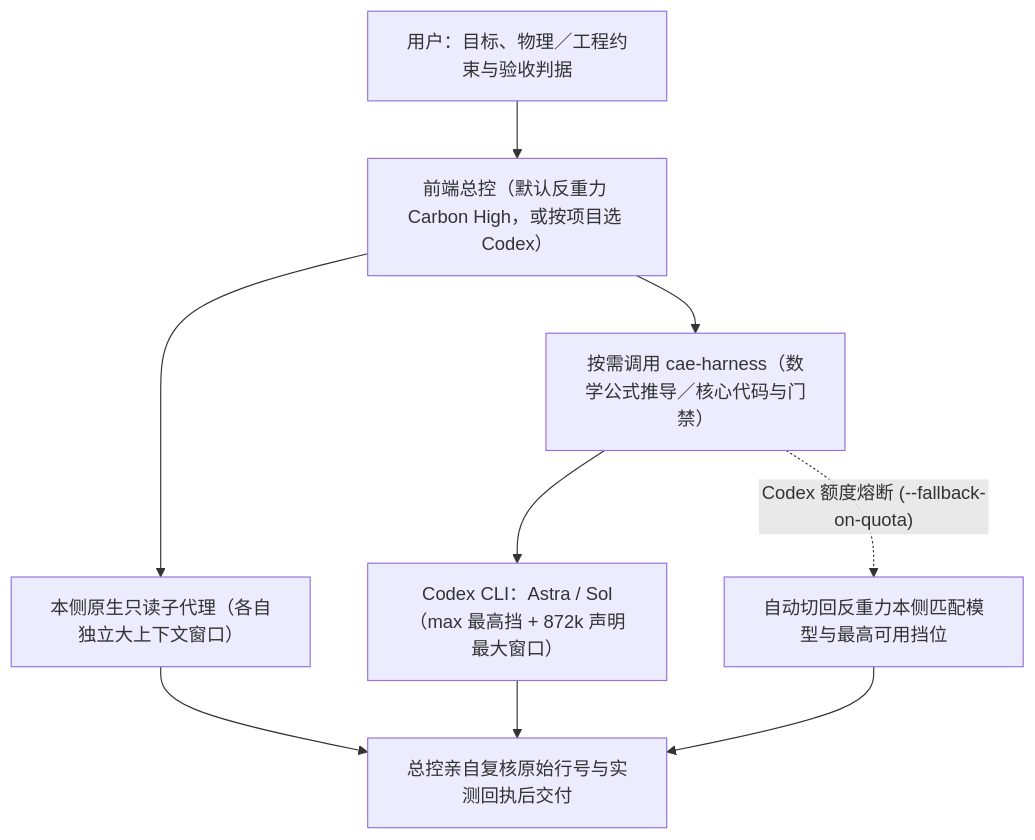
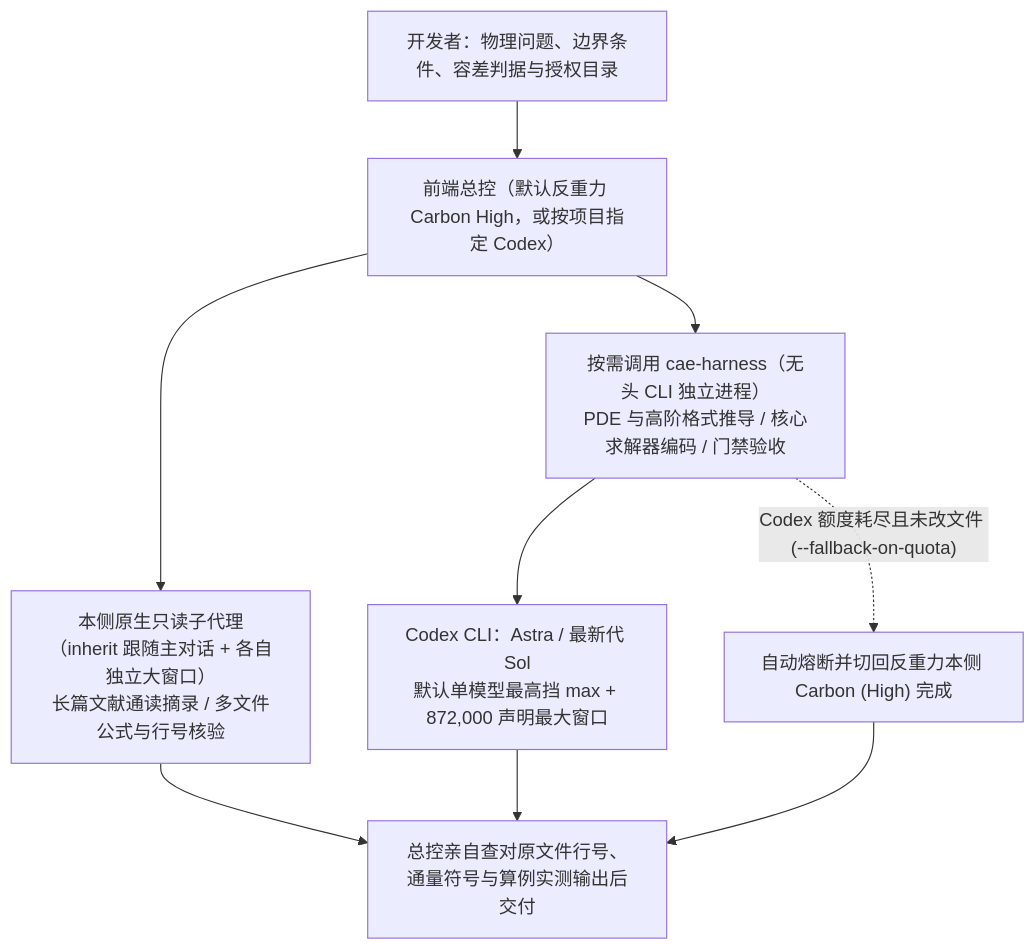
Before and after one commit to Xinyu-Li-1997/Antigravity_Codex_configuration: the diagram in README.md, drawn with Mermaid. The commit also changed other lines of this file and 25 other files, not shown here.

Commit message:
feat(v1.7.1): default flagship max routing, harden installer/hooks/harness, and polish AI-CAE docs

````diff
--- a/README.md
+++ b/README.md
@@ -33,11 +56,11 @@
 ```mermaid
 flowchart TB
-    U["用户：目标、物理／工程约束与验收判据"] --> M["前端总控（默认反重力 Carbon High，或按项目选 Codex）"]
-    M --> N["本侧原生只读子代理（各自独立大上下文窗口）"]
-    M --> H["按需调用 cae-harness（数学公式推导／核心代码与门禁）"]
-    H --> C["Codex CLI：Astra / Sol（max 最高挡 + 872k 声明最大窗口）"]
-    H -. "Codex 额度熔断 (--fallback-on-quota)" .-> A["自动切回反重力本侧匹配模型与最高可用挡位"]
-    N --> R["总控亲自复核原始行号与实测回执后交付"]
+    U["开发者：物理问题、边界条件、容差判据与授权目录"] --> M["前端总控（默认反重力 Carbon High，或按项目指定 Codex）"]
+    M --> N["本侧原生只读子代理（inherit 跟随主对话 + 各自独立大窗口）<br/>长篇文献通读摘录 / 多文件公式与行号核验"]
+    M --> H["按需调用 cae-harness（无头 CLI 独立进程）<br/>PDE 与高阶格式推导 / 核心求解器编码 / 门禁验收"]
+    H --> C["Codex CLI：Astra / 最新代 Sol<br/>默认单模型最高挡 max + 872,000 声明最大窗口"]
+    H -. "Codex 额度耗尽且未改文件 (--fallback-on-quota)" .-> A["自动熔断并切回反重力本侧 Carbon (High) 完成"]
+    N --> R["总控亲自查对原文件行号、通量符号与算例实测输出后交付"]
     C --> R
     A --> R
 ```
````
